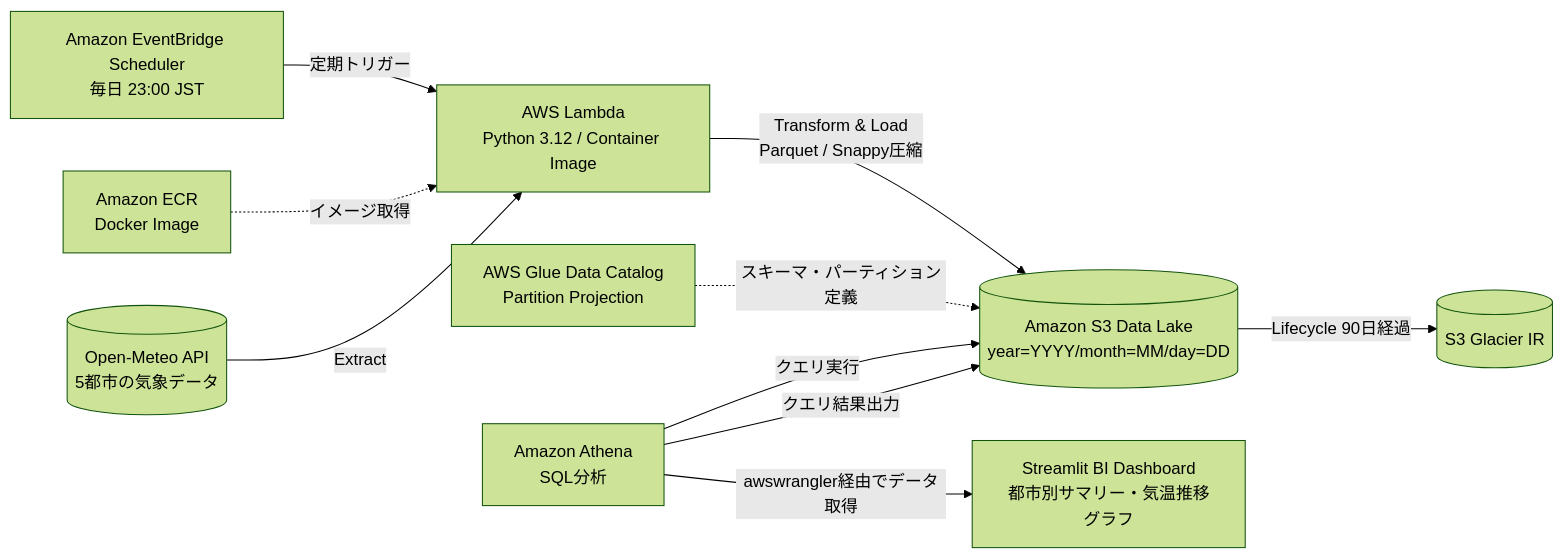
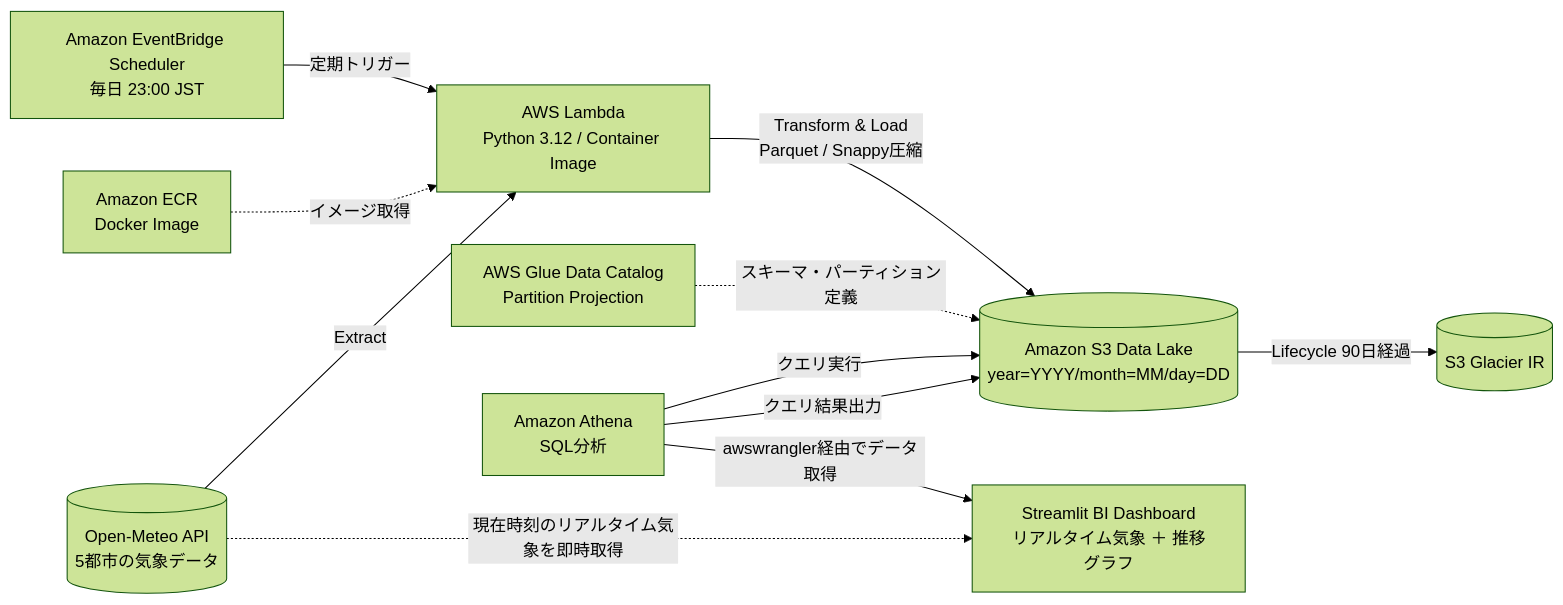
The diagram in README.md (wallthings4u-bit/aws-weather-etl), drawn with Mermaid (forest theme) before and after one commit. The commit also changed other lines of this file and 3 other files, not shown here.

````diff
--- a/README.md
+++ b/README.md
@@ -11,12 +23,13 @@
 ```mermaid
 flowchart LR
     EB[Amazon EventBridge Scheduler<br/>毎日 23:00 JST] -->|定期トリガー| Lambda[AWS Lambda<br/>Python 3.12 / Container Image]
     ECR[Amazon ECR<br/>Docker Image] -.->|イメージ取得| Lambda
     API[(Open-Meteo API<br/>5都市の気象データ)] -->|Extract| Lambda
     Lambda -->|Transform & Load<br/>Parquet / Snappy圧縮| S3[(Amazon S3 Data Lake<br/>year=YYYY/month=MM/day=DD)]
     S3 -->|Lifecycle 90日経過| Glacier[(S3 Glacier IR)]
     Glue[AWS Glue Data Catalog<br/>Partition Projection] -.->|スキーマ・パーティション定義| S3
     Athena[Amazon Athena<br/>SQL分析] -->|クエリ実行| S3
     Athena -->|クエリ結果出力| S3
-    Athena -->|awswrangler経由でデータ取得| Streamlit[Streamlit BI Dashboard<br/>都市別サマリー・気温推移グラフ]
+    Athena -->|awswrangler経由でデータ取得| Streamlit[Streamlit BI Dashboard<br/>リアルタイム気象 ＋ 推移グラフ]
+    API -.->|現在時刻のリアルタイム気象を即時取得| Streamlit
 ```
````
